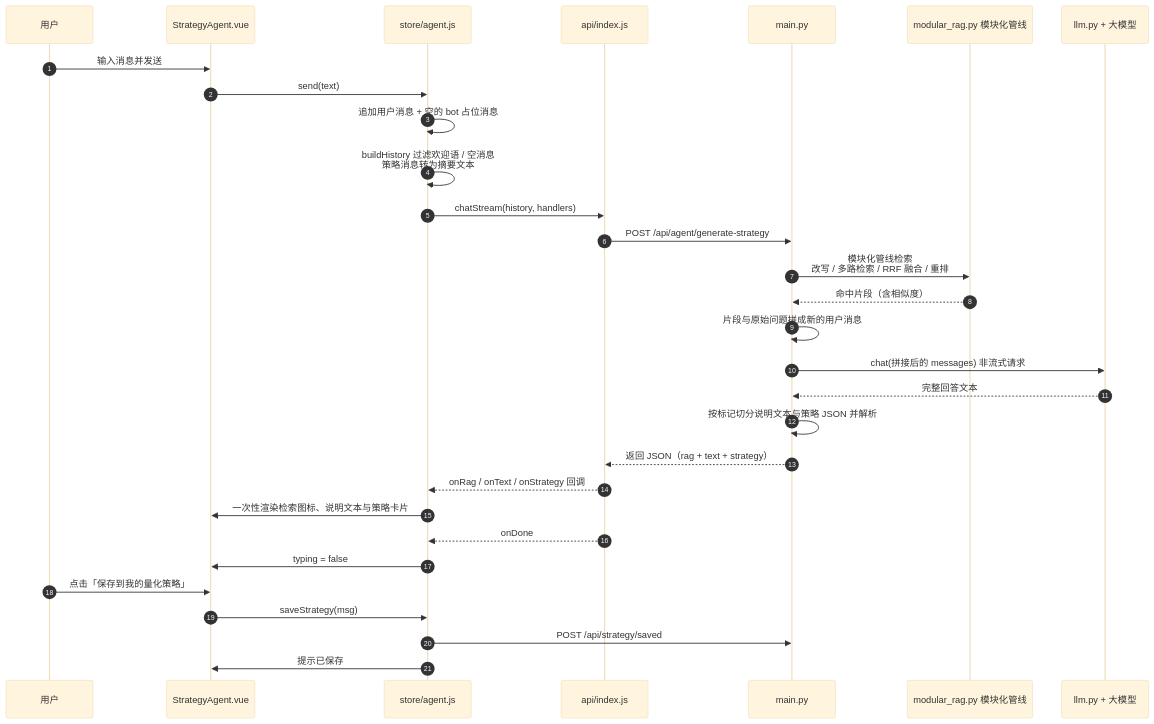
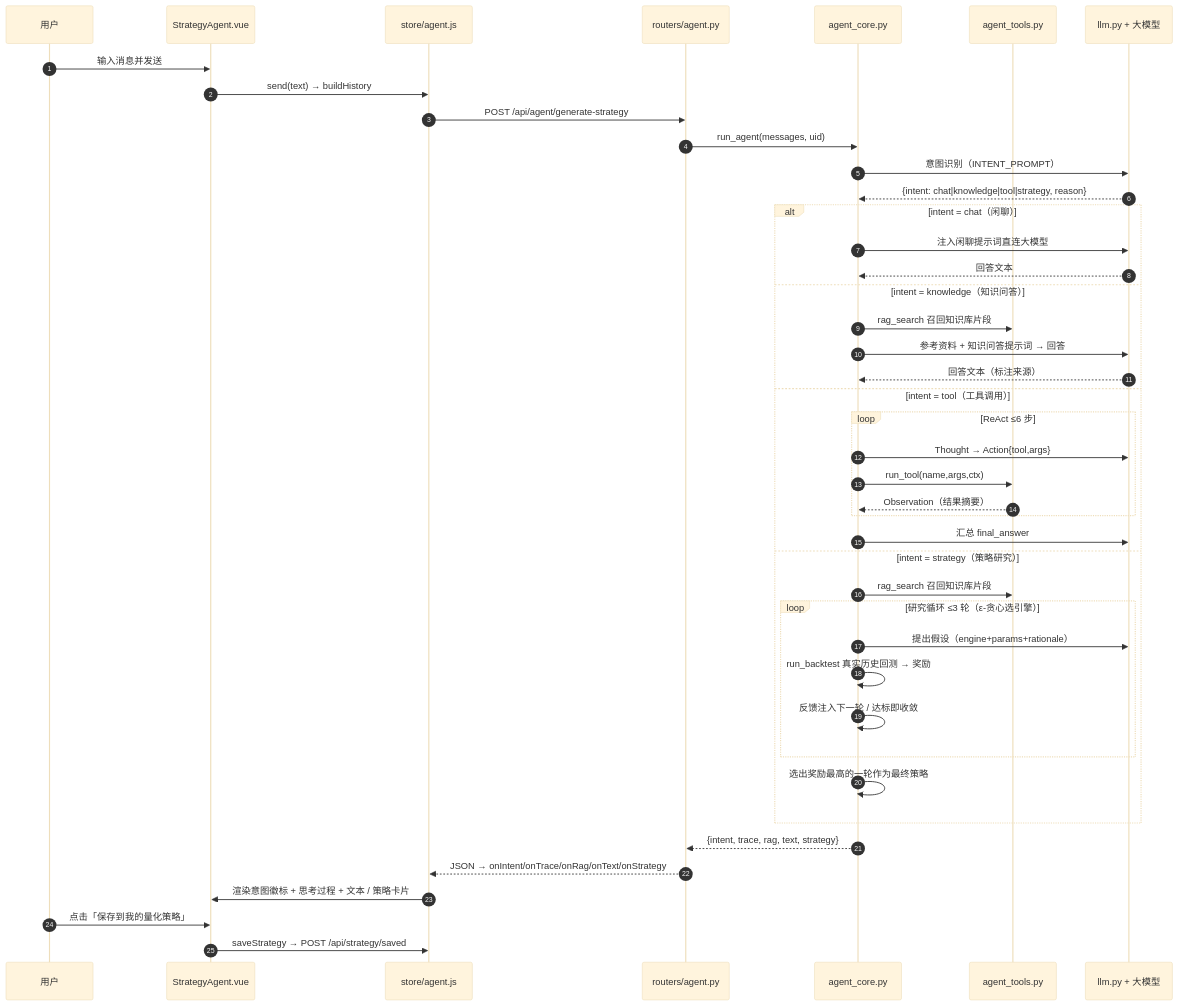
Before and after one commit to Song-Yingji/Iktsuarpok: the sixth of 11 diagrams in README.md, drawn with Mermaid (base theme). The commit also changed other lines of this file and 16 other files, not shown here.

````diff
--- a/README.md
+++ b/README.md
@@ -449,33 +464,46 @@
 ```mermaid
 sequenceDiagram
     autonumber
     participant U as 用户
     participant V as StrategyAgent.vue
     participant S as store/agent.js
-    participant A as api/index.js
-    participant M as main.py
-    participant R as modular_rag.py 模块化管线
+    participant M as routers/agent.py
+    participant C as agent_core.py
+    participant T as agent_tools.py
     participant L as llm.py + 大模型
 
     U->>V: 输入消息并发送
-    V->>S: send(text)
-    S->>S: 追加用户消息 + 空的 bot 占位消息
-    S->>S: buildHistory 过滤欢迎语 / 空消息<br/>策略消息转为摘要文本
-    S->>A: chatStream(history, handlers)
-    A->>M: POST /api/agent/generate-strategy
-    M->>R: 模块化管线检索<br/>改写 / 多路检索 / RRF 融合 / 重排
-    R-->>M: 命中片段（含相似度）
-    M->>M: 片段与原始问题拼成新的用户消息
-    M->>L: chat(拼接后的 messages) 非流式请求
-    L-->>M: 完整回答文本
-    M->>M: 按标记切分说明文本与策略 JSON 并解析
-    M-->>A: 返回 JSON（rag + text + strategy）
-    A-->>S: onRag / onText / onStrategy 回调
-    S->>V: 一次性渲染检索图标、说明文本与策略卡片
-    A-->>S: onDone
-    S->>V: typing = false
+    V->>S: send(text) → buildHistory
+    S->>M: POST /api/agent/generate-strategy
+    M->>C: run_agent(messages, uid)
+    C->>L: 意图识别（INTENT_PROMPT）
+    L-->>C: {intent: chat|knowledge|tool|strategy, reason}
+    alt intent = chat（闲聊）
+        C->>L: 注入闲聊提示词直连大模型
+        L-->>C: 回答文本
+    else intent = knowledge（知识问答）
+        C->>T: rag_search 召回知识库片段
+        C->>L: 参考资料 + 知识问答提示词 → 回答
+        L-->>C: 回答文本（标注来源）
+    else intent = tool（工具调用）
+        loop ReAct ≤6 步
+            C->>L: Thought → Action{tool,args}
+            C->>T: run_tool(name,args,ctx)
+            T-->>C: Observation（结果摘要）
+        end
+        C->>L: 汇总 final_answer
+    else intent = strategy（策略研究）
+        C->>T: rag_search 召回知识库片段
+        loop 研究循环 ≤3 轮（ε-贪心选引擎）
+            C->>L: 提出假设（engine+params+rationale）
+            C->>C: run_backtest 真实历史回测 → 奖励
+            C->>C: 反馈注入下一轮 / 达标即收敛
+        end
+        C->>C: 选出奖励最高的一轮作为最终策略
+    end
+    C-->>M: {intent, trace, rag, text, strategy}
+    M-->>S: JSON → onIntent/onTrace/onRag/onText/onStrategy
+    S->>V: 渲染意图徽标 + 思考过程 + 文本 / 策略卡片
     U->>V: 点击「保存到我的量化策略」
-    V->>S: saveStrategy(msg)
-    S->>M: POST /api/strategy/saved
-    S->>V: 提示已保存
+    V->>S: saveStrategy → POST /api/strategy/saved
 ```
````
